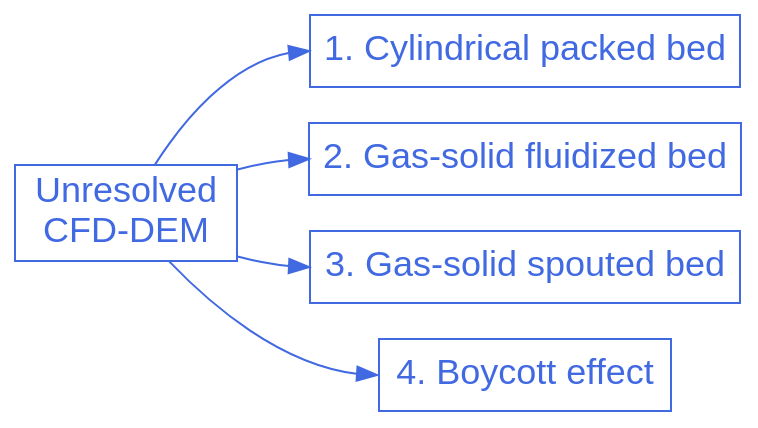
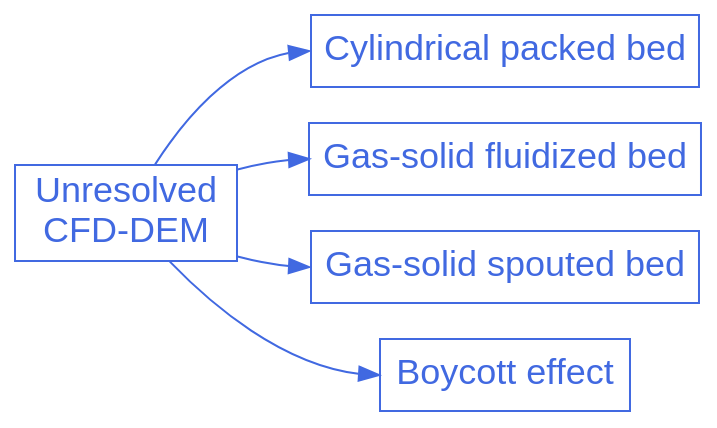
The diagram in doc/source/examples/unresolved-cfd-dem/unresolved-cfd-dem.rst (chaos-polymtl/lethe), drawn with Graphviz before and after one commit. The commit also changed other lines of this file and 5 other files, not shown here.

Commit message:
Remove numbers and fix titles in graphs

```diff
--- a/doc/source/examples/unresolved-cfd-dem/unresolved-cfd-dem.rst
+++ b/doc/source/examples/unresolved-cfd-dem/unresolved-cfd-dem.rst
@@ -19,24 +17,24 @@
 .. graphviz:: 
 
     digraph unresolved_cfd_dem_diagram {
       graph [bgcolor="transparent", align=true];
       node [fontname=Arial, fontsize=18, shape=box, fontcolor=royalblue, color=royalblue];
       edge [color=royalblue];
       rankdir="LR";
       size = "9,9";
 
       unresolved_cfd_dem [label="Unresolved \nCFD-DEM", href="https://lethe-cfd.github.io/lethe/examples/unresolved-cfd-dem/unresolved-cfd-dem.html"];
 
-      cfd_dem_1 [label="1. Cylindrical packed bed", href="https://lethe-cfd.github.io/lethe/examples/unresolved-cfd-dem/cylindrical-packed-bed/cylindrical-packed-bed.html"]; 
+      cfd_dem_1 [label="Cylindrical packed bed", href="https://lethe-cfd.github.io/lethe/examples/unresolved-cfd-dem/cylindrical-packed-bed/cylindrical-packed-bed.html"]; 
 
-      cfd_dem_2 [label="2. Gas-solid fluidized bed", href="https://lethe-cfd.github.io/lethe/examples/unresolved-cfd-dem/gas-solid-fluidized-bed/gas-solid-fluidized-bed.html"]; 
+      cfd_dem_2 [label="Gas-solid fluidized bed", href="https://lethe-cfd.github.io/lethe/examples/unresolved-cfd-dem/gas-solid-fluidized-bed/gas-solid-fluidized-bed.html"]; 
 
-      cfd_dem_3 [label="3. Gas-solid spouted bed", href="https://lethe-cfd.github.io/lethe/examples/unresolved-cfd-dem/gas-solid-spouted-bed/gas-solid-spouted-bed.html"]; 
+      cfd_dem_3 [label="Gas-solid spouted bed", href="https://lethe-cfd.github.io/lethe/examples/unresolved-cfd-dem/gas-solid-spouted-bed/gas-solid-spouted-bed.html"]; 
 
-      cfd_dem_4 [label="4. Boycott effect", href="https://lethe-cfd.github.io/lethe/examples/unresolved-cfd-dem/boycott-effect/boycott-effect.html"]; 
+      cfd_dem_4 [label="Boycott effect", href="https://lethe-cfd.github.io/lethe/examples/unresolved-cfd-dem/boycott-effect/boycott-effect.html"]; 
       
       unresolved_cfd_dem -> cfd_dem_1:w;
       unresolved_cfd_dem -> cfd_dem_2:w;
       unresolved_cfd_dem -> cfd_dem_3:w;
       unresolved_cfd_dem -> cfd_dem_4:w;
     }
```
